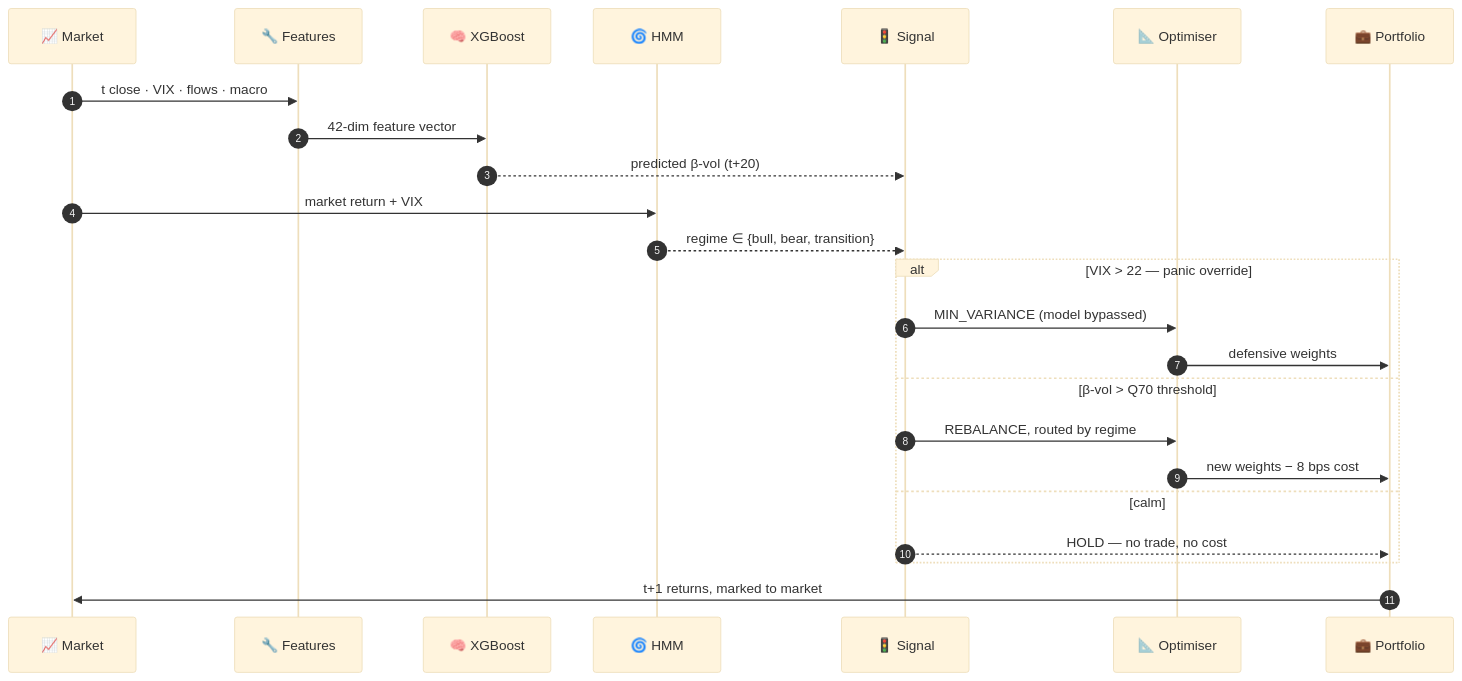
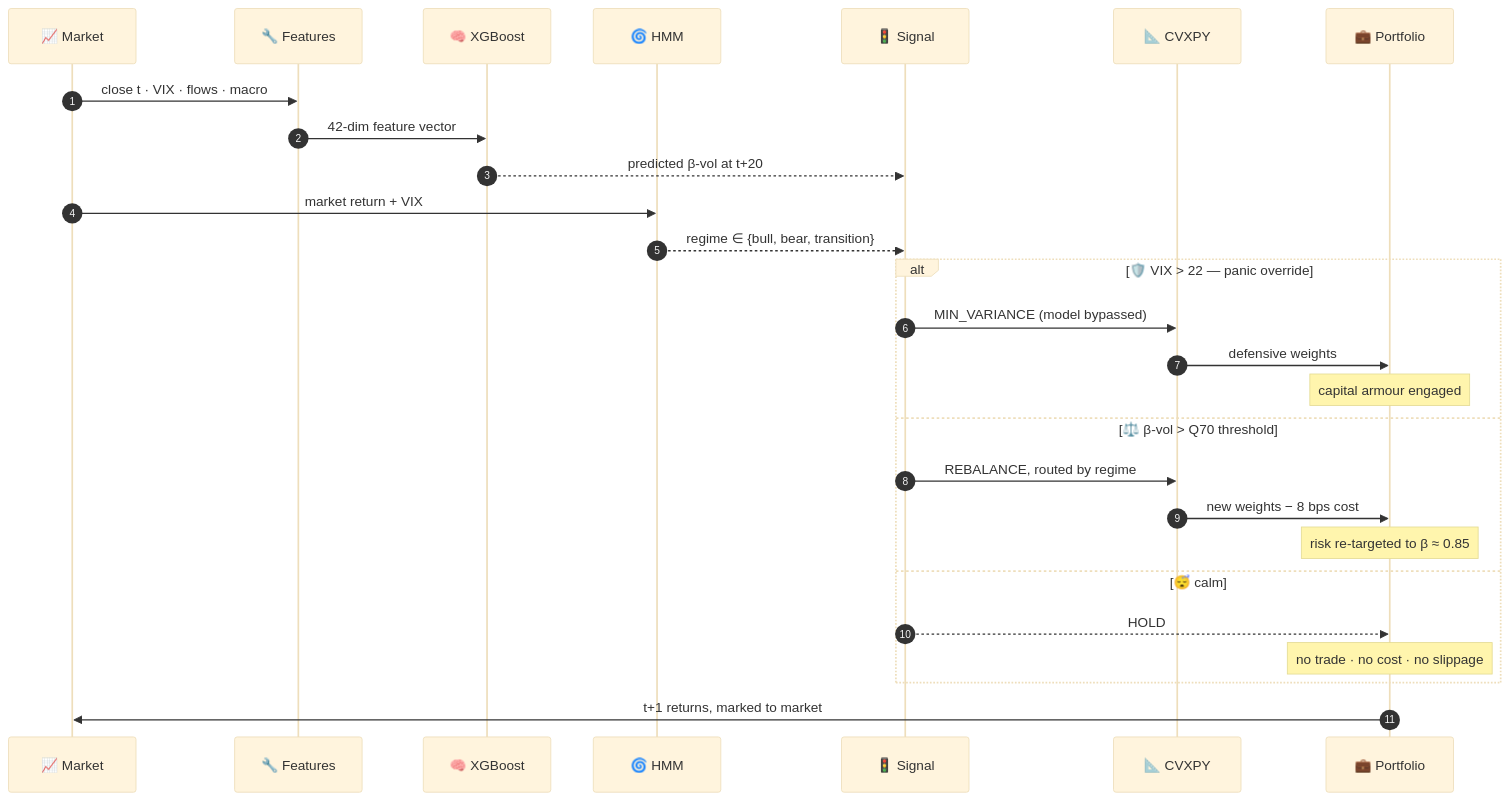
The fifth of 8 diagrams in README.md (DAISHINKAN7/FinTech_AdaptiveBeta), drawn with Mermaid (base theme) before and after one commit. The commit also changed other lines of this file, not shown here.

````diff
--- a/README.md
+++ b/README.md
@@ -164,29 +350,32 @@
 ```mermaid
 sequenceDiagram
     autonumber
     participant M as 📈 Market
     participant F as 🔧 Features
     participant X as 🧠 XGBoost
     participant H as 🌀 HMM
     participant S as 🚦 Signal
-    participant O as 📐 Optimiser
+    participant O as 📐 CVXPY
     participant P as 💼 Portfolio
 
-    M->>F: t close · VIX · flows · macro
+    M->>F: close t · VIX · flows · macro
     F->>X: 42-dim feature vector
-    X-->>S: predicted β-vol (t+20)
+    X-->>S: predicted β-vol at t+20
     M->>H: market return + VIX
     H-->>S: regime ∈ {bull, bear, transition}
 
-    alt VIX > 22 — panic override
+    alt 🛡️ VIX > 22 — panic override
         S->>O: MIN_VARIANCE (model bypassed)
         O->>P: defensive weights
-    else β-vol > Q70 threshold
+        Note over P: capital armour engaged
+    else ⚖️ β-vol > Q70 threshold
         S->>O: REBALANCE, routed by regime
         O->>P: new weights − 8 bps cost
-    else calm
-        S-->>P: HOLD — no trade, no cost
+        Note over P: risk re-targeted to β ≈ 0.85
+    else 😴 calm
+        S-->>P: HOLD
+        Note over P: no trade · no cost · no slippage
     end
 
     P->>M: t+1 returns, marked to market
 ```
````
